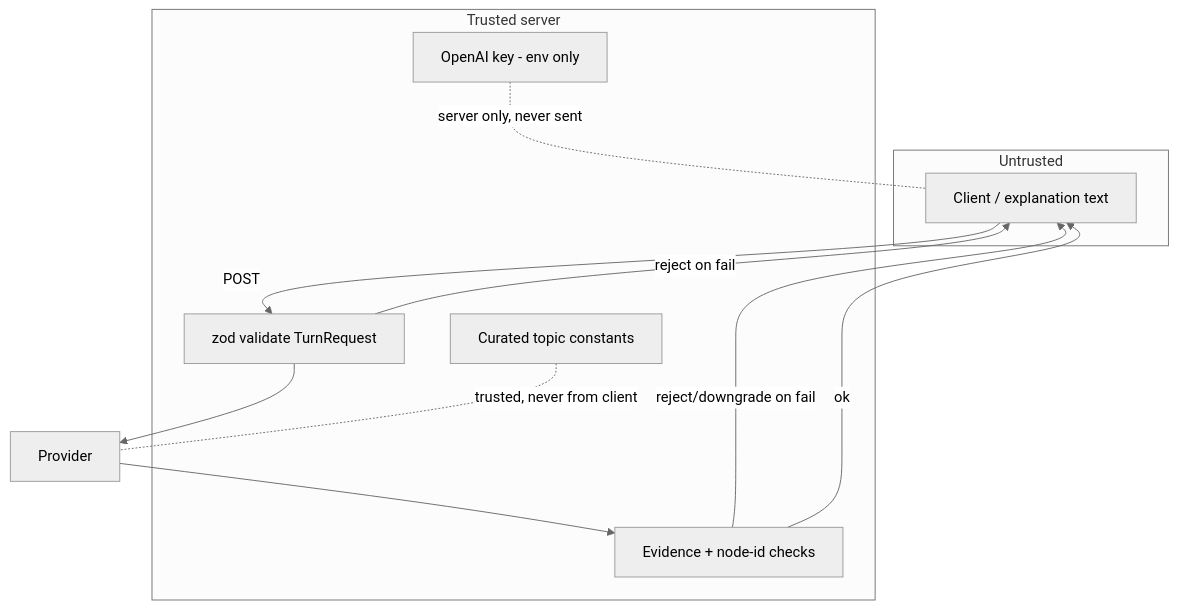
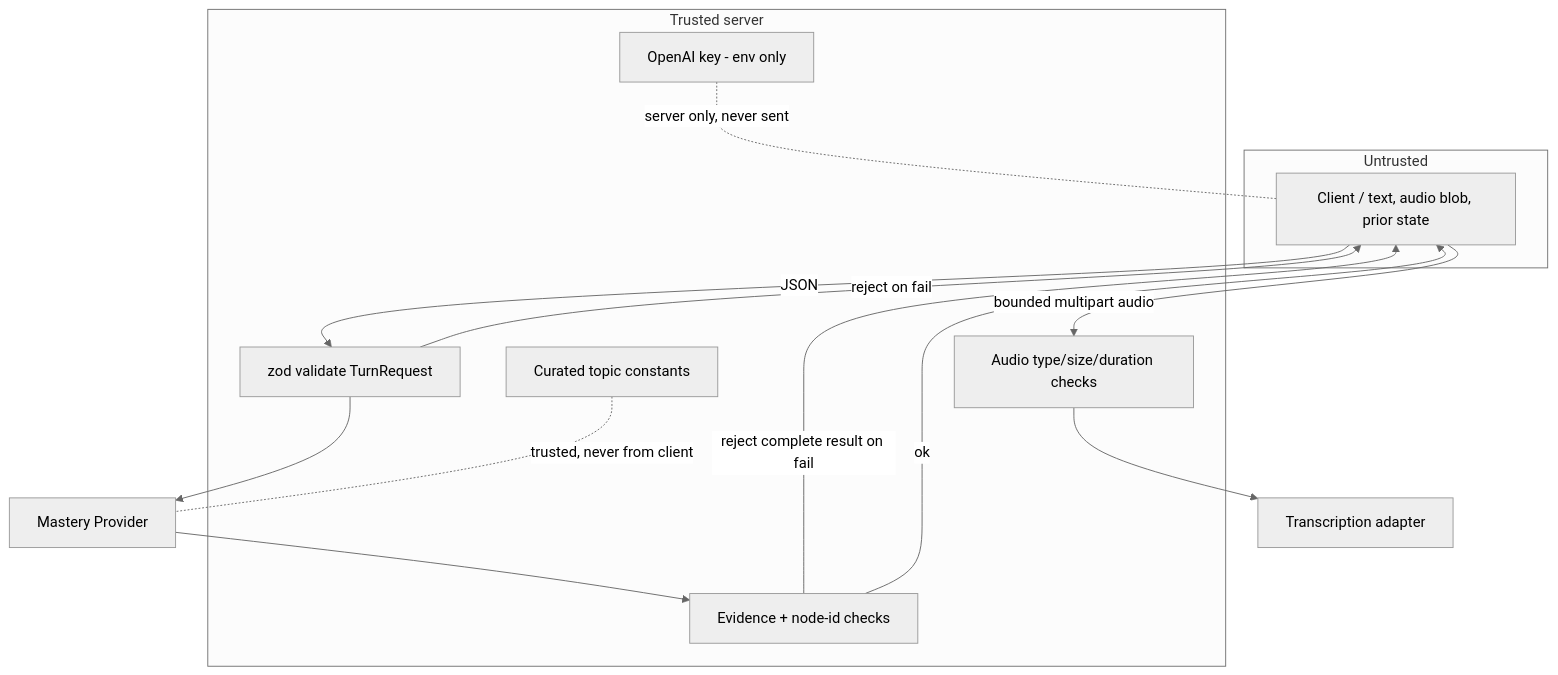
Before and after one commit to AtchayamG/SishyaGuru: the second of 3 diagrams in docs/architecture/SYSTEM_ARCHITECTURE.md, drawn with Mermaid (neutral theme). The commit also changed other lines of this file and 25 other files, not shown here.

Commit message:
docs: add bounded voice agent architecture

````diff
--- a/docs/architecture/SYSTEM_ARCHITECTURE.md
+++ b/docs/architecture/SYSTEM_ARCHITECTURE.md
@@ -79,20 +89,23 @@
 ```mermaid
 flowchart TD
     subgraph Untrusted[Untrusted]
-        C[Client / explanation text]
+        C[Client / text, audio blob, prior state]
     end
     subgraph Trusted[Trusted server]
         V[zod validate TurnRequest]
         E[Evidence + node-id checks]
+        A[Audio type/size/duration checks]
         K[OpenAI key - env only]
         T[Curated topic constants]
     end
-    C -->|POST| V
+    C -->|JSON| V
+    C -->|bounded multipart audio| A
     V -->|reject on fail| C
-    V --> P[Provider]
+    V --> P[Mastery Provider]
+    A --> X[Transcription adapter]
     P --> E
-    E -->|reject/downgrade on fail| C
+    E -->|reject complete result on fail| C
     E -->|ok| C
     K -.server only, never sent.- C
     T -.trusted, never from client.- P
 ```
````
